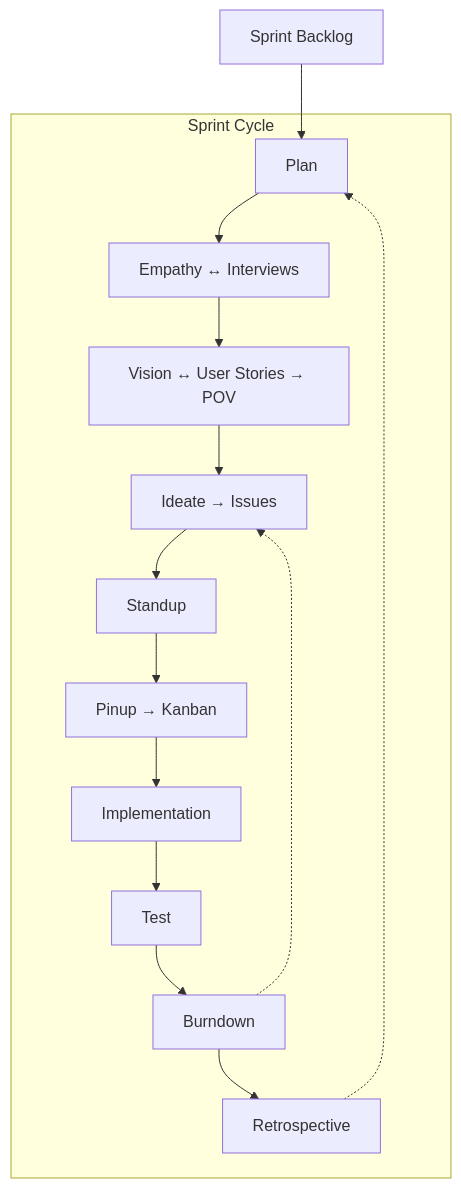
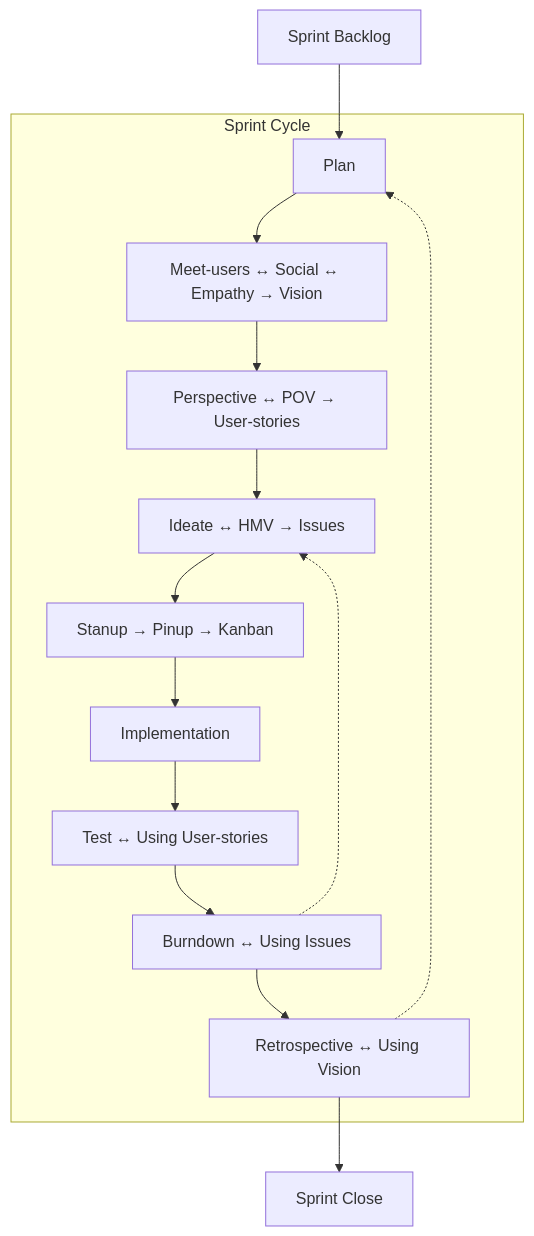
One commit to whitelunarium/pages_fork changed the first of 6 diagrams in _posts/Foundation/A-agile_classroom/2025-08-16-agile_design_thinking.md. Above: the diagram before and after it, drawn with Mermaid. The commit also changed other lines of this file, not shown here.

````diff
--- a/_posts/Foundation/A-agile_classroom/2025-08-16-agile_design_thinking.md
+++ b/_posts/Foundation/A-agile_classroom/2025-08-16-agile_design_thinking.md
@@ -44,31 +44,30 @@
 ```mermaid
 flowchart TD
   A[Sprint Backlog] --> B[Plan]
-  B --> C[Empathy ↔ Interviews]
-  C --> D[Vision ↔ User Stories → POV]
-  D --> E[Ideate → Issues]
-  E --> F[Standup]
-  F --> G[Pinup → Kanban]
-  G --> H[Implementation]
-  H --> I[Test]
-  I --> J[Burndown]
-  J --> K[Retrospective]
-  K -.-> B
+  B --> C[Meet-users ↔ Social ↔ Empathy → Vision]
+  C --> D[Perspective ↔ POV → User-stories]
+  D --> E[Ideate ↔ HMV → Issues]
+  E --> F[Stanup → Pinup → Kanban]
+  F --> G[Implementation]
+  G --> H[Test ↔ Using User-stories]
+  H --> I[Burndown ↔ Using Issues]
+  I --> J[Retrospective ↔ Using Vision]
+  J -.-> B
+  J --> K[Sprint Close]
 
   %% Feedback loop from Retrospective/Burndown to Plan
-  J -.-> E
+  I -.-> E
 
   %% Optional: Highlight the cycle
   subgraph "Sprint Cycle"
     B
     C
     D
     E
     F
     G
     H
     I
     J
-    K
   end
 ```
````
